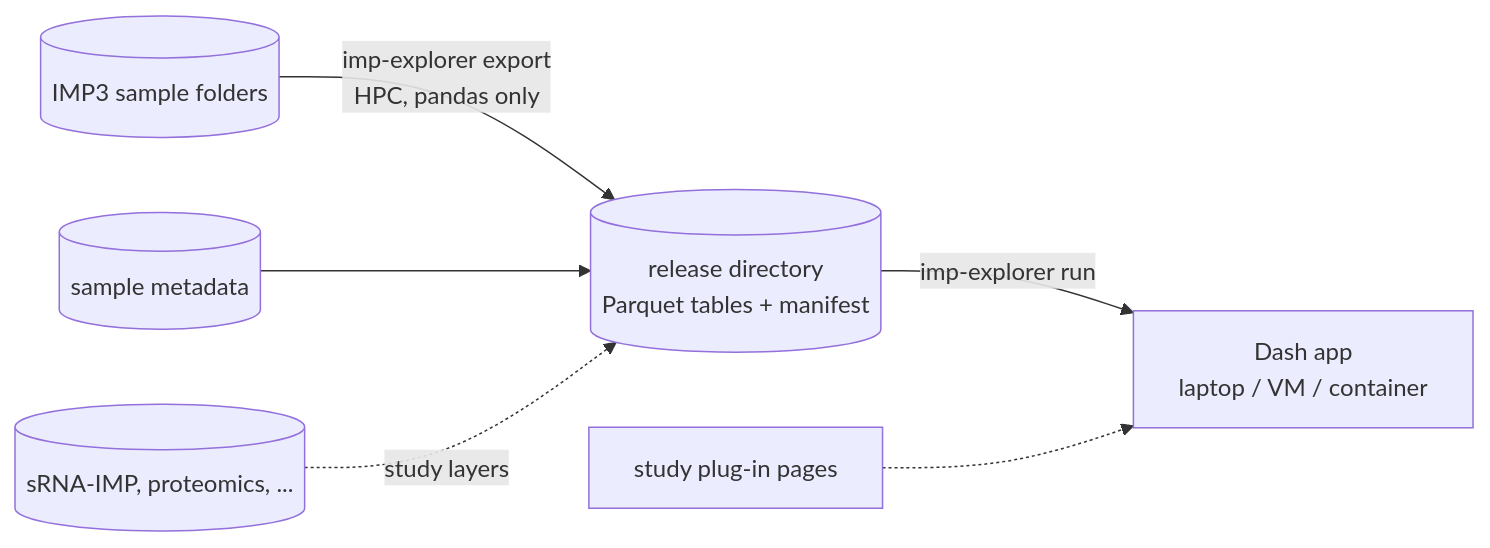
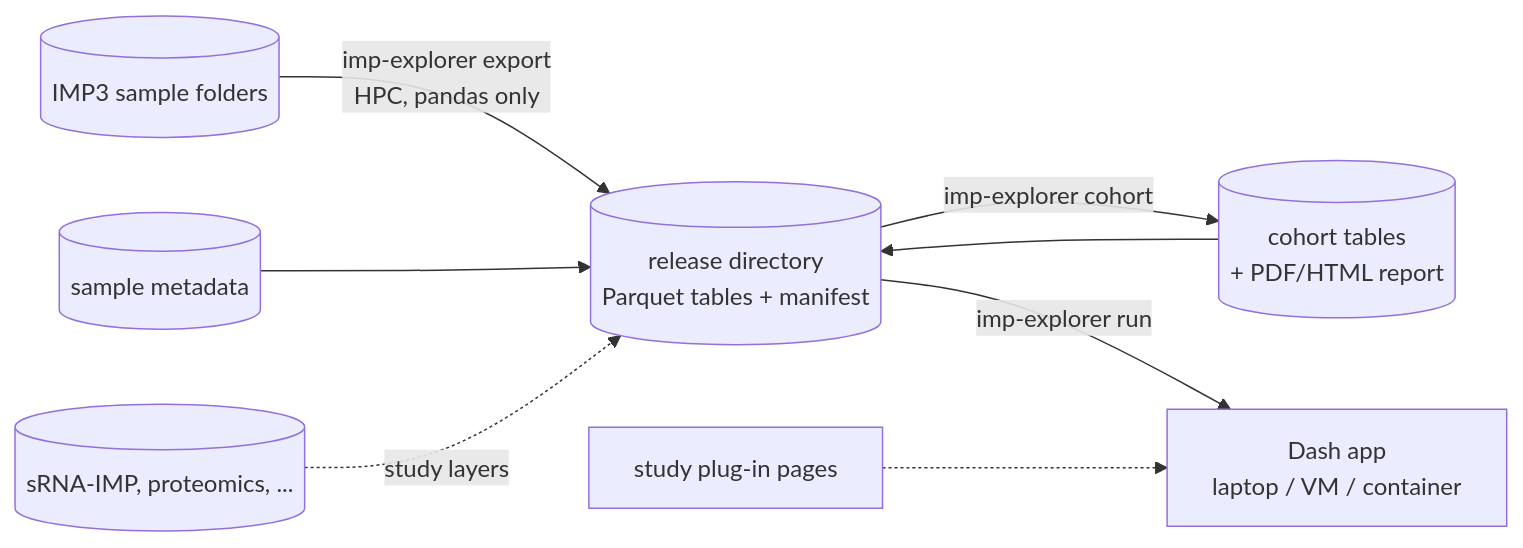
The diagram in docs/index.md (genomeanalysislcsb/imp-explorer), drawn with Mermaid before and after one commit. The commit also changed other lines of this file and 21 other files, not shown here.

First line of the commit message:
imp-explorer cohort: cohort analysis of a release (report, TSVs, app page)

````diff
--- a/docs/index.md
+++ b/docs/index.md
@@ -11,8 +11,10 @@
 ```mermaid
 flowchart LR
   imp[(IMP3 sample folders)] -->|imp-explorer export<br/>HPC, pandas only| rel[(release directory<br/>Parquet tables + manifest)]
   meta[(sample metadata)] --> rel
+  rel -->|imp-explorer cohort| coh[(cohort tables<br/>+ PDF/HTML report)]
+  coh --> rel
   rel -->|imp-explorer run| app[Dash app<br/>laptop / VM / container]
   srna[(sRNA-IMP, proteomics, ...)] -.->|study layers| rel
   plug[study plug-in pages] -.-> app
 ```
````
